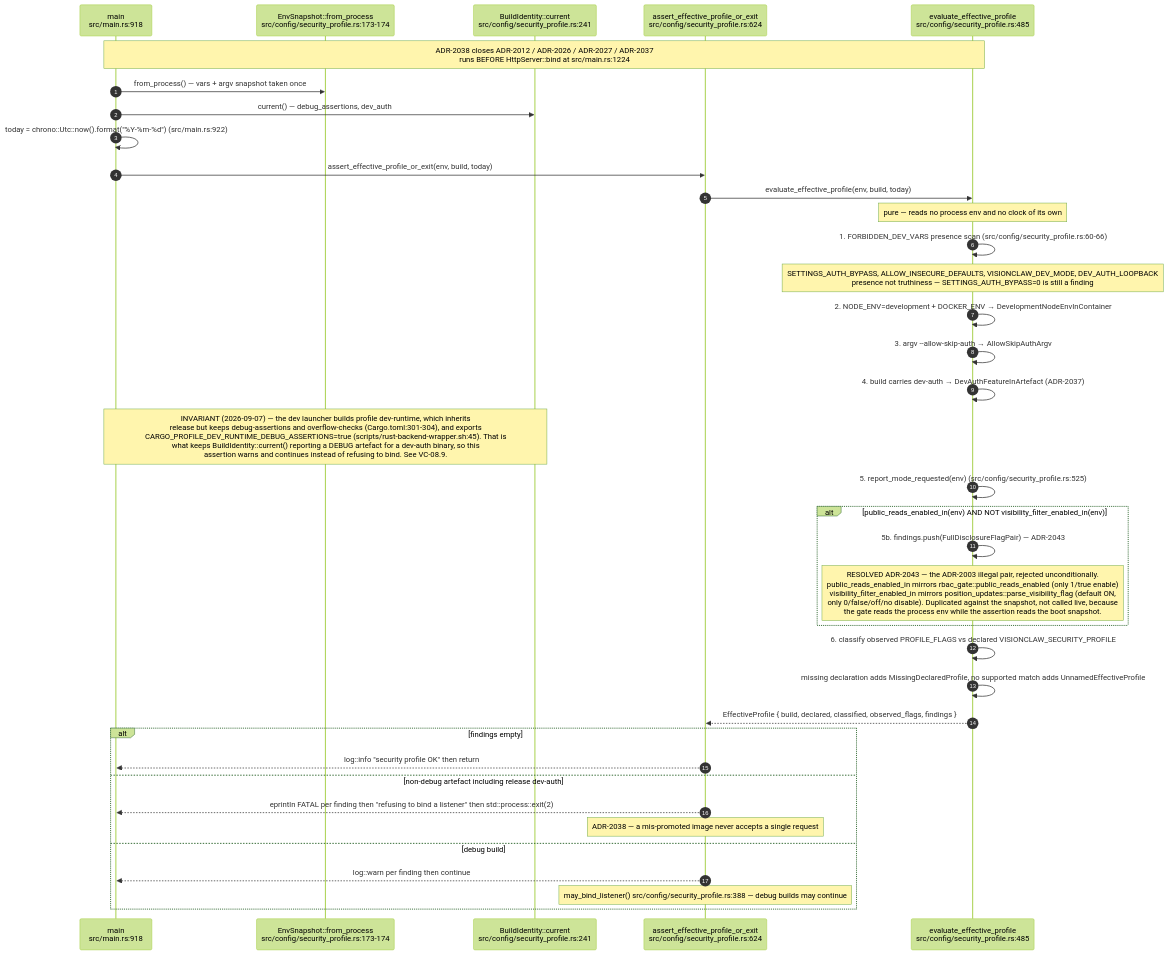
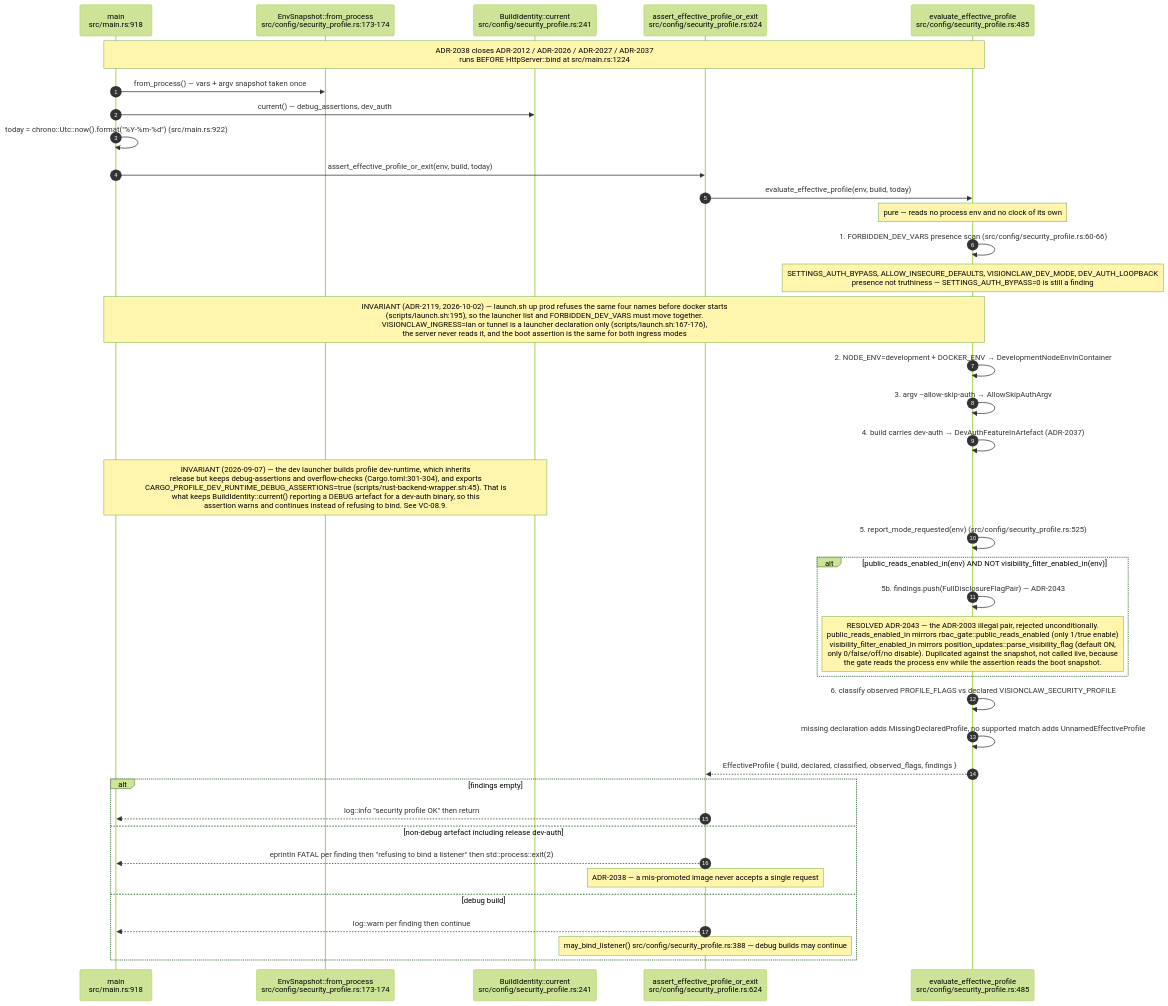
The fourth of 15 diagrams in docs/diagrams/visionclaw/09-config-and-env-flags.md (DreamLab-AI/VisionFlow), drawn with Mermaid (forest theme) before and after one commit. The commit also changed other lines of this file and 31 other files, not shown here.

````diff
--- a/docs/diagrams/visionclaw/09-config-and-env-flags.md
+++ b/docs/diagrams/visionclaw/09-config-and-env-flags.md
@@ -187,40 +188,41 @@
 ```mermaid
 sequenceDiagram
     autonumber
     participant M as main<br/>src/main.rs:918
     participant E as EnvSnapshot::from_process<br/>src/config/security_profile.rs:173-174
     participant BI as BuildIdentity::current<br/>src/config/security_profile.rs:241
     participant A as assert_effective_profile_or_exit<br/>src/config/security_profile.rs:624
     participant V as evaluate_effective_profile<br/>src/config/security_profile.rs:485
 
     Note over M,V: ADR-2038 closes ADR-2012 / ADR-2026 / ADR-2027 / ADR-2037<br/>runs BEFORE HttpServer::bind at src/main.rs:1224
     M->>E: from_process() — vars + argv snapshot taken once
     M->>BI: current() — debug_assertions, dev_auth
     M->>M: today = chrono::Utc::now().format("%Y-%m-%d") (src/main.rs:922)
     M->>A: assert_effective_profile_or_exit(env, build, today)
     A->>V: evaluate_effective_profile(env, build, today)
     Note over V: pure — reads no process env and no clock of its own
     V->>V: 1. FORBIDDEN_DEV_VARS presence scan (src/config/security_profile.rs:60-66)
     Note over V: SETTINGS_AUTH_BYPASS, ALLOW_INSECURE_DEFAULTS, VISIONCLAW_DEV_MODE, DEV_AUTH_LOOPBACK<br/>presence not truthiness — SETTINGS_AUTH_BYPASS=0 is still a finding
+    Note over M,V: INVARIANT (ADR-2119, 2026-10-02) — launch.sh up prod refuses the same four names before docker starts<br/>(scripts/launch.sh:195), so the launcher list and FORBIDDEN_DEV_VARS must move together.<br/>VISIONCLAW_INGRESS=lan or tunnel is a launcher declaration only (scripts/launch.sh:167-176),<br/>the server never reads it, and the boot assertion is the same for both ingress modes
     V->>V: 2. NODE_ENV=development + DOCKER_ENV → DevelopmentNodeEnvInContainer
     V->>V: 3. argv --allow-skip-auth → AllowSkipAuthArgv
     V->>V: 4. build carries dev-auth → DevAuthFeatureInArtefact (ADR-2037)
     Note over M,BI: INVARIANT (2026-09-07) — the dev launcher builds profile dev-runtime, which inherits<br/>release but keeps debug-assertions and overflow-checks (Cargo.toml:301-304), and exports<br/>CARGO_PROFILE_DEV_RUNTIME_DEBUG_ASSERTIONS=true (scripts/rust-backend-wrapper.sh:45). That is<br/>what keeps BuildIdentity::current() reporting a DEBUG artefact for a dev-auth binary, so this<br/>assertion warns and continues instead of refusing to bind. See VC-08.9.
     V->>V: 5. report_mode_requested(env) (src/config/security_profile.rs:525)
     alt public_reads_enabled_in(env) AND NOT visibility_filter_enabled_in(env)
         V->>V: 5b. findings.push(FullDisclosureFlagPair) — ADR-2043
         Note over V: RESOLVED ADR-2043 — the ADR-2003 illegal pair, rejected unconditionally.<br/>public_reads_enabled_in mirrors rbac_gate::public_reads_enabled (only 1/true enable)<br/>visibility_filter_enabled_in mirrors position_updates::parse_visibility_flag (default ON,<br/>only 0/false/off/no disable). Duplicated against the snapshot, not called live, because<br/>the gate reads the process env while the assertion reads the boot snapshot.
     end
     V->>V: 6. classify observed PROFILE_FLAGS vs declared VISIONCLAW_SECURITY_PROFILE
     V->>V: missing declaration adds MissingDeclaredProfile, no supported match adds UnnamedEffectiveProfile
     V-->>A: EffectiveProfile { build, declared, classified, observed_flags, findings }
     alt findings empty
         A-->>M: log::info "security profile OK" then return
     else non-debug artefact including release dev-auth
         A-->>M: eprintln FATAL per finding then "refusing to bind a listener" then std::process::exit(2)
         Note over A: ADR-2038 — a mis-promoted image never accepts a single request
     else debug build
         A-->>M: log::warn per finding then continue
         Note over A: may_bind_listener() src/config/security_profile.rs:388 — debug builds may continue
     end
 ```
````
